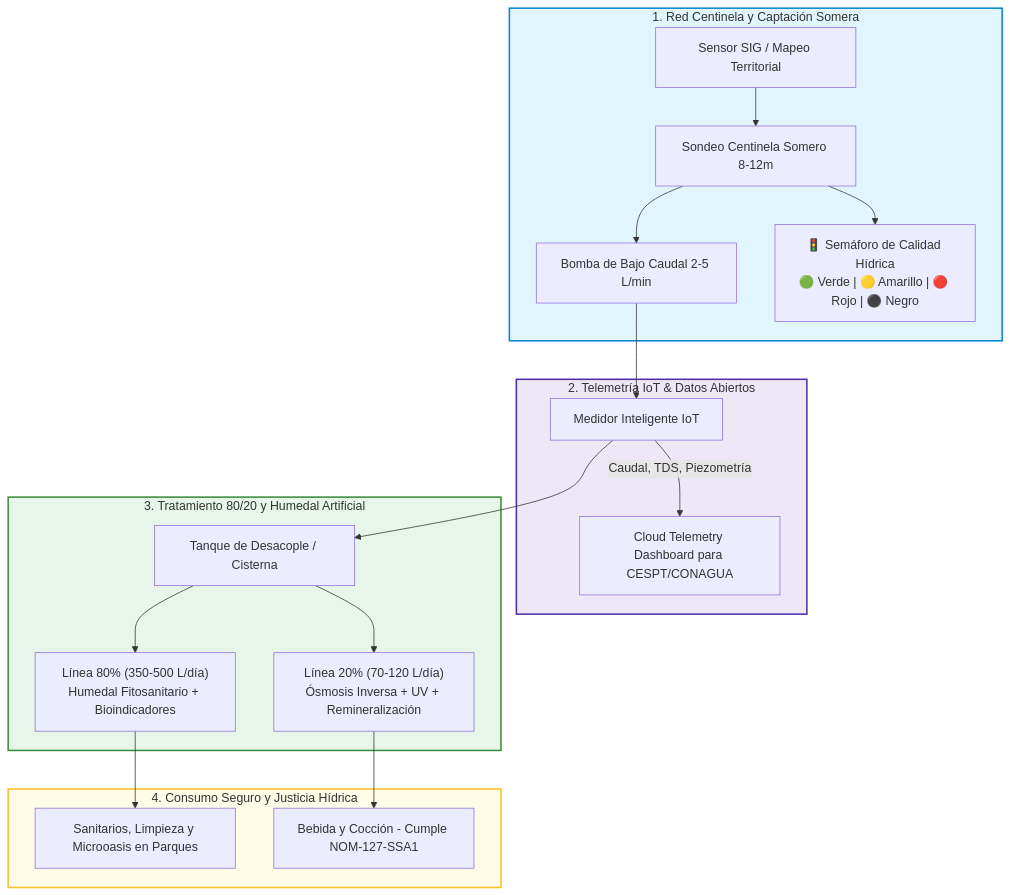
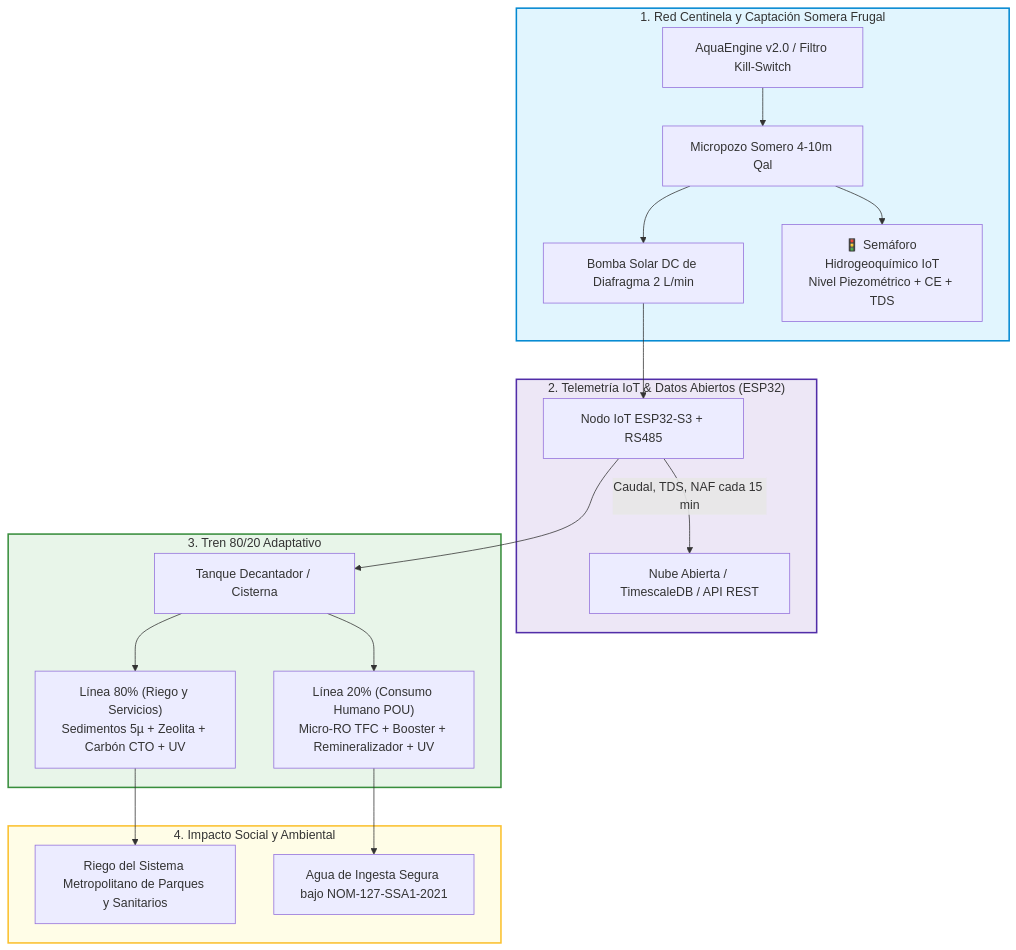
The diagram in README.md (quecrap/123portijuana), drawn with Mermaid before and after one commit. The commit also changed other lines of this file and 3 other files, not shown here.

Commit message:
docs & feat: actualizar matriz cientifica, balance oficial CONAGUA 0201, 4 investigadores, tren 80/20 y red piloto

````diff
--- a/README.md
+++ b/README.md
@@ -59,29 +89,29 @@
 ```mermaid
 flowchart TD
-    subgraph CAPTACION ["1. Red Centinela y Captación Somera"]
-        A[Sensor SIG / Mapeo Territorial] --> B[Sondeo Centinela Somero 8-12m]
-        B --> C[Bomba de Bajo Caudal 2-5 L/min]
-        B --> S["🚦 Semáforo de Calidad Hídrica<br>🟢 Verde | 🟡 Amarillo | 🔴 Rojo | ⚫ Negro"]
+    subgraph CAPTACION ["1. Red Centinela y Captación Somera Frugal"]
+        A[AquaEngine v2.0 / Filtro Kill-Switch] --> B[Micropozo Somero 4-10m Qal]
+        B --> C[Bomba Solar DC de Diafragma 2 L/min]
+        B --> S["🚦 Semáforo Hidrogeoquímico IoT<br>Nivel Piezométrico + CE + TDS"]
     end
 
-    subgraph MONITOREO ["2. Telemetría IoT & Datos Abiertos"]
-        C --> D[Medidor Inteligente IoT]
-        D -->|Caudal, TDS, Piezometría| E[Cloud Telemetry Dashboard para CESPT/CONAGUA]
+    subgraph TELEMETRIA ["2. Telemetría IoT & Datos Abiertos (ESP32)"]
+        C --> D[Nodo IoT ESP32-S3 + RS485]
+        D -->|Caudal, TDS, NAF cada 15 min| E[Nube Abierta / TimescaleDB / API REST]
     end
 
-    subgraph ARQUITECTURA_8020 ["3. Tratamiento 80/20 y Humedal Artificial"]
-        D --> F[Tanque de Desacople / Cisterna]
-        F --> G["Línea 80% (350-500 L/día)<br>Humedal Fitosanitario + Bioindicadores"]
-        F --> H["Línea 20% (70-120 L/día)<br>Ósmosis Inversa + UV + Remineralización"]
+    subgraph ARQUITECTURA_8020 ["3. Tren 80/20 Adaptativo"]
+        D --> F[Tanque Decantador / Cisterna]
+        F --> G["Línea 80% (Riego y Servicios)<br>Sedimentos 5µ + Zeolita + Carbón CTO + UV"]
+        F --> H["Línea 20% (Consumo Humano POU)<br>Micro-RO TFC + Booster + Remineralizador + UV"]
     end
 
-    subgraph USOS_FINALES ["4. Consumo Seguro y Justicia Hídrica"]
-        G --> I[Sanitarios, Limpieza y Microoasis en Parques]
-        H --> J[Bebida y Cocción - Cumple NOM-127-SSA1]
+    subgraph USOS_FINALES ["4. Impacto Social y Ambiental"]
+        G --> I[Riego del Sistema Metropolitano de Parques y Sanitarios]
+        H --> J[Agua de Ingesta Segura bajo NOM-127-SSA1-2021]
     end
 
     style CAPTACION fill:#e1f5fe,stroke:#0288d1,stroke-width:2px;
-    style MONITOREO fill:#ede7f6,stroke:#512da8,stroke-width:2px;
+    style TELEMETRIA fill:#ede7f6,stroke:#512da8,stroke-width:2px;
     style ARQUITECTURA_8020 fill:#e8f5e9,stroke:#388e3c,stroke-width:2px;
     style USOS_FINALES fill:#fffde7,stroke:#fbc02d,stroke-width:2px;
 ```
````
